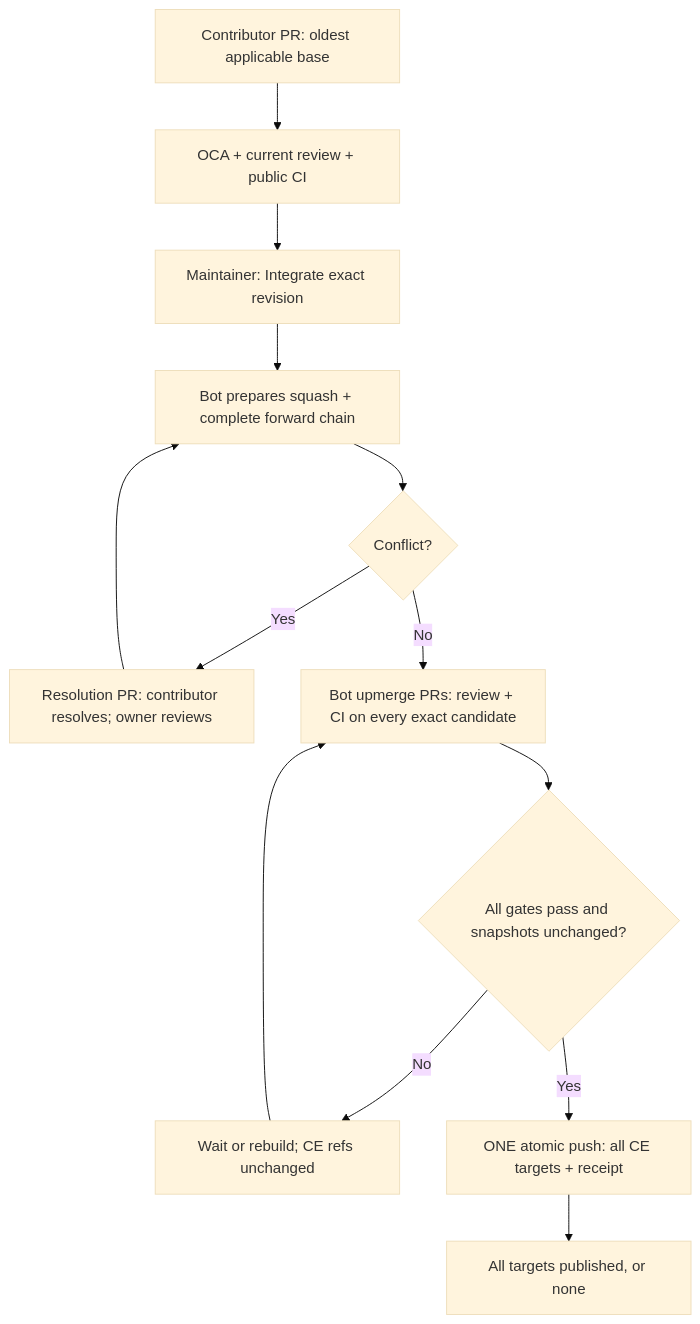
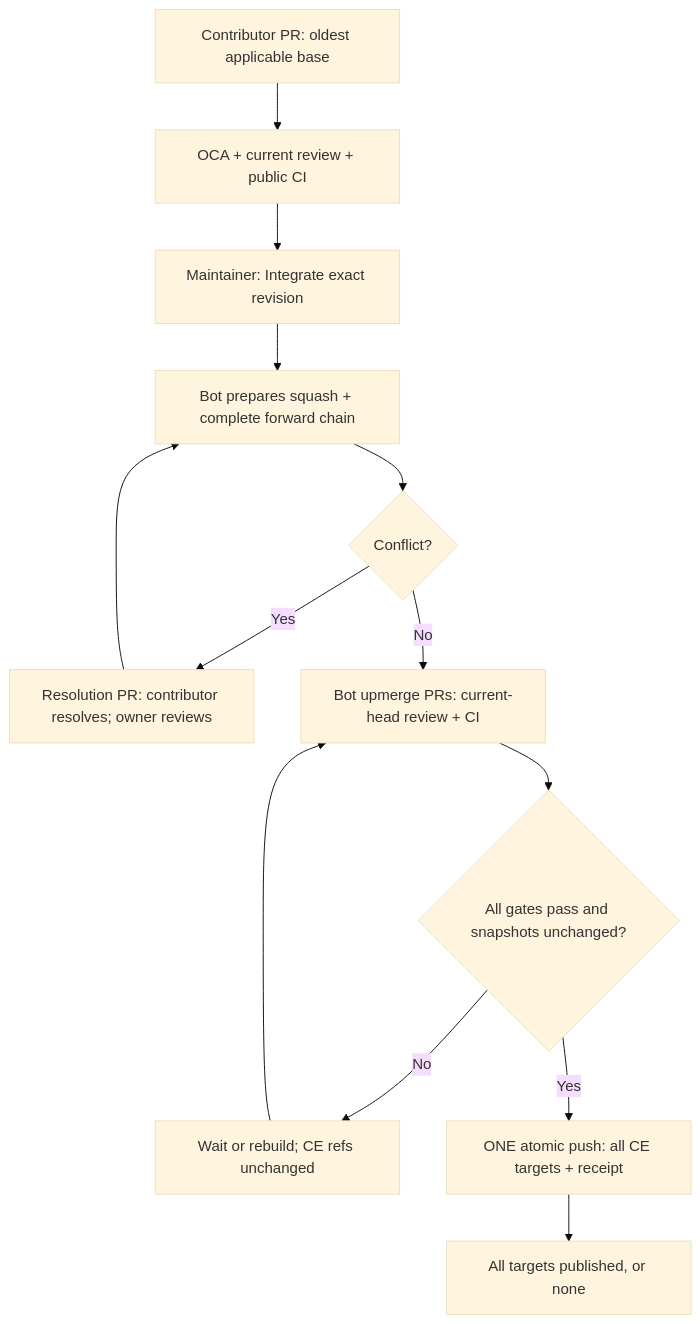
The first of 3 diagrams in Docs/ce-merge-process.md (RidhaOracle/mysql-server), drawn with Mermaid (base theme) before and after one commit. The commit also changed other lines of this file and 7 other files, not shown here.

Commit message:
Reuse current-head CI across target advances without extra PRs

````diff
--- a/Docs/ce-merge-process.md
+++ b/Docs/ce-merge-process.md
@@ -40,15 +41,15 @@
 ```mermaid
 flowchart TD
     PR["Contributor PR: oldest applicable base"] --> Gate["OCA + current review + public CI"]
     Gate --> Action["Maintainer: Integrate exact revision"]
     Action --> Prepare["Bot prepares squash + complete forward chain"]
     Prepare --> Conflict{"Conflict?"}
     Conflict -- Yes --> Resolve["Resolution PR: contributor resolves; owner reviews"]
     Resolve --> Prepare
-    Conflict -- No --> Review["Bot upmerge PRs: review + CI on every exact candidate"]
+    Conflict -- No --> Review["Bot upmerge PRs: current-head review + CI"]
     Review --> Ready{"All gates pass and snapshots unchanged?"}
     Ready -- No --> Wait["Wait or rebuild; CE refs unchanged"]
     Wait --> Review
     Ready -- Yes --> Push["ONE atomic push: all CE targets + receipt"]
     Push --> Done["All targets published, or none"]
 ```
````
